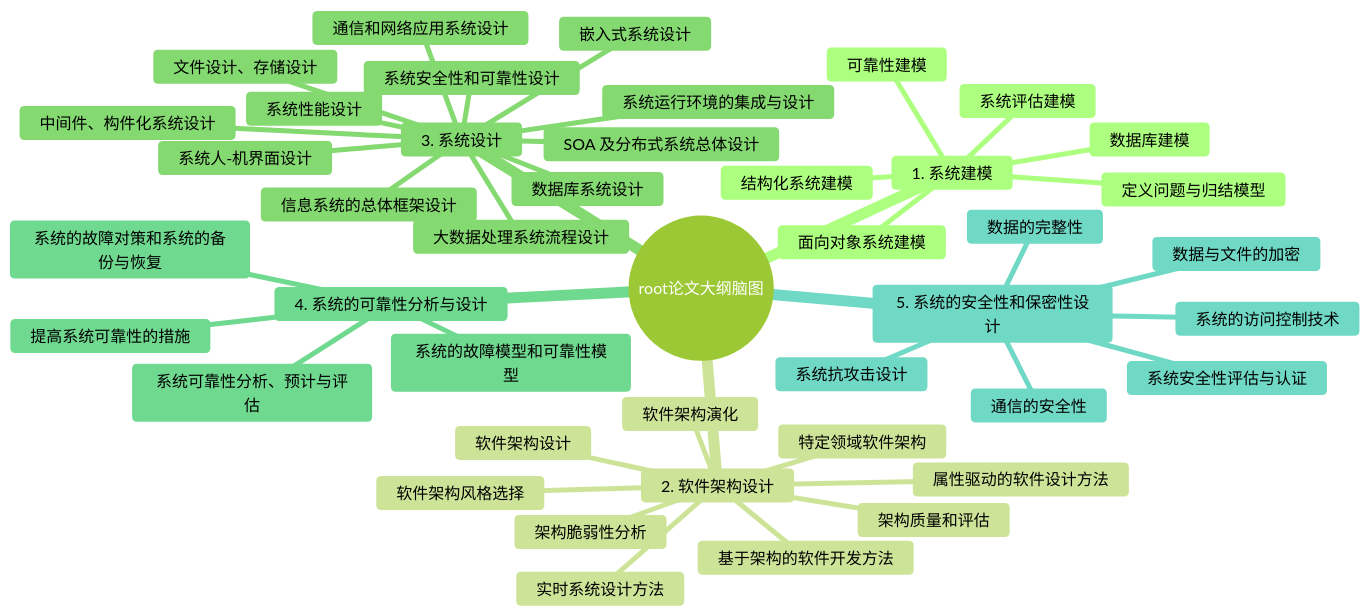
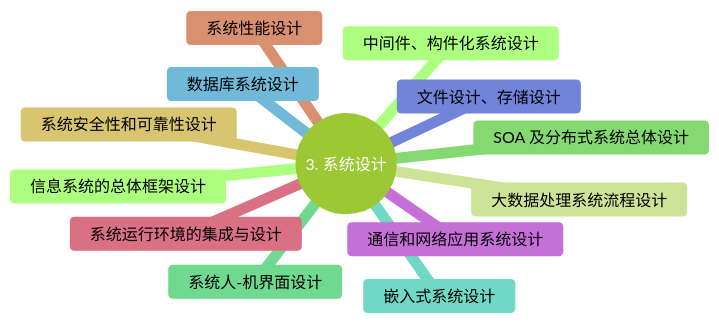
The third of 5 diagrams in docs/system-architecture-designer/01_官方大纲与考试政策/03_论文大纲脑图.md (mingf423/ruankao), drawn with Mermaid (forest theme) before and after one commit. The commit also changed other lines of this file, not shown here.

Commit message:
Split oversized mindmap into chapter-level diagrams

````diff
--- a/docs/system-architecture-designer/01_官方大纲与考试政策/03_论文大纲脑图.md
+++ b/docs/system-architecture-designer/01_官方大纲与考试政策/03_论文大纲脑图.md
@@ -15,46 +52,16 @@
 ```mermaid
 mindmap
-  root((root论文大纲脑图))
-    1. 系统建模
-      定义问题与归结模型
-      结构化系统建模
-      面向对象系统建模
-      数据库建模
-      可靠性建模
-      系统评估建模
-    2. 软件架构设计
-      软件架构风格选择
-      软件架构设计
-      特定领域软件架构
-      基于架构的软件开发方法
-      属性驱动的软件设计方法
-      实时系统设计方法
-      软件架构演化
-      架构质量和评估
-      架构脆弱性分析
-    3. 系统设计
-      信息系统的总体框架设计
-      大数据处理系统流程设计
-      SOA 及分布式系统总体设计
-      系统人-机界面设计
-      嵌入式系统设计
-      数据库系统设计
-      文件设计、存储设计
-      通信和网络应用系统设计
-      系统运行环境的集成与设计
-      系统性能设计
-      系统安全性和可靠性设计
-      中间件、构件化系统设计
-    4. 系统的可靠性分析与设计
-      系统的故障模型和可靠性模型
-      提高系统可靠性的措施
-      系统的故障对策和系统的备份与恢复
-      系统可靠性分析、预计与评估
-    5. 系统的安全性和保密性设计
-      系统的访问控制技术
-      数据的完整性
-      数据与文件的加密
-      系统抗攻击设计
-      通信的安全性
-      系统安全性评估与认证
+  root((3. 系统设计))
+    信息系统的总体框架设计
+    大数据处理系统流程设计
+    SOA 及分布式系统总体设计
+    系统人-机界面设计
+    嵌入式系统设计
+    数据库系统设计
+    文件设计、存储设计
+    通信和网络应用系统设计
+    系统运行环境的集成与设计
+    系统性能设计
+    系统安全性和可靠性设计
+    中间件、构件化系统设计
 ```
````
